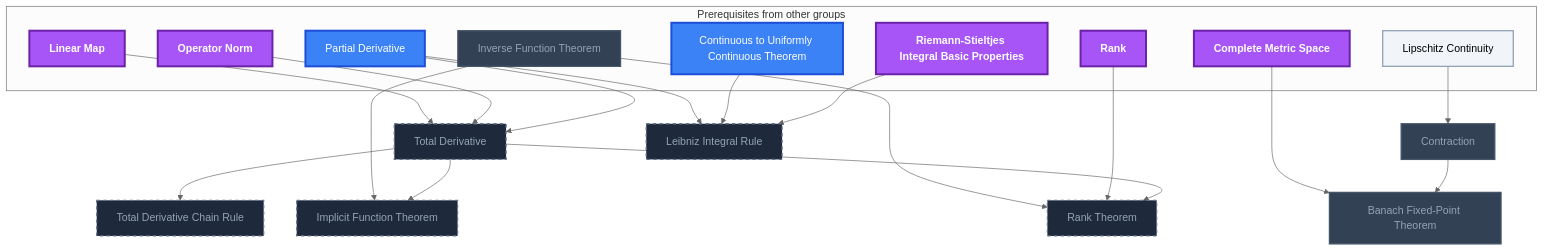
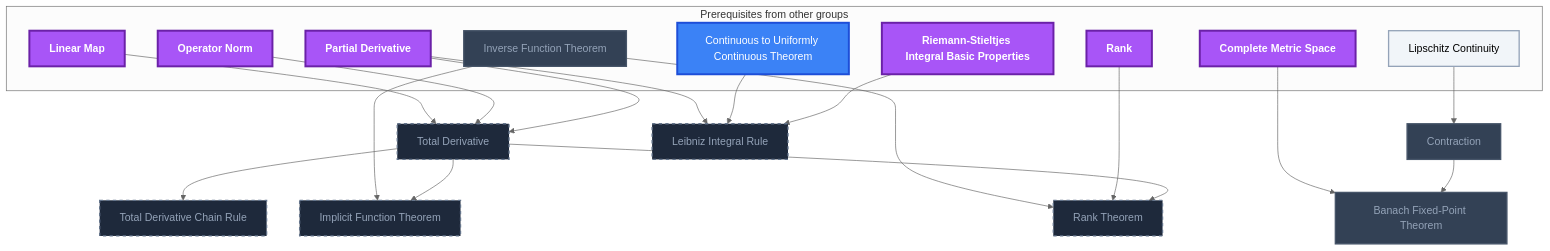
Before and after one commit to MRauf1/My-Notes: diagram 15 of 22 in Gamification/Skill Trees/Real Analysis.md, drawn with Mermaid (neutral theme). The commit also changed other lines of this file and 73 other files, not shown here.

````diff
--- a/Gamification/Skill Trees/Real Analysis.md
+++ b/Gamification/Skill Trees/Real Analysis.md
@@ -1266,51 +1270,51 @@
 ```mermaid
 flowchart TD
     classDef planned fill:#1E293B,stroke:#64748B,stroke-width:2px,stroke-dasharray:5 5,color:#94A3B8;
     classDef locked fill:#334155,stroke:#475569,stroke-width:2px,color:#94A3B8;
     classDef L0 fill:#F1F5F9,stroke:#94A3B8,stroke-width:2px,color:#000000;
     classDef L1 fill:#22C55E,stroke:#15803D,stroke-width:2px,color:#000000;
     classDef L2 fill:#3B82F6,stroke:#1D4ED8,stroke-width:3px,color:#FFFFFF;
     classDef L3 fill:#A855F7,stroke:#6B21A8,stroke-width:3px,color:#FFFFFF,font-weight:bold;
     classDef L4 fill:#F97316,stroke:#C2410C,stroke-width:4px,color:#000000,font-weight:bold;
     classDef L5 fill:#FFD700,stroke:#FF8C00,stroke-width:5px,color:#000000,font-weight:bold;
     classDef rusty stroke:#8B4513,stroke-width:4px,stroke-dasharray:3 3;
     subgraph sg_prereqs["Prerequisites from other groups"]
         n_linear_map["Linear Map"]
         n_operator_norm["Operator Norm"]
         n_partial_derivative["Partial Derivative"]
         n_lipschitz_continuity["Lipschitz Continuity"]
         n_complete_metric_space["Complete Metric Space"]
         n_inverse_function_theorem["Inverse Function Theorem"]
         n_rank["Rank"]
         n_continuous_to_uniformly_continuous_theorem["Continuous to Uniformly Continuous Theorem"]
         n_riemann_stieltjes_integral_basic_properties["Riemann-Stieltjes Integral Basic Properties"]
     end
     n_total_derivative["Total Derivative"]
     n_total_derivative_chain_rule["Total Derivative Chain Rule"]
     n_contraction["Contraction"]
     n_banach_fixed_point_theorem["Banach Fixed-Point Theorem"]
     n_implicit_function_theorem["Implicit Function Theorem"]
     n_rank_theorem["Rank Theorem"]
     n_leibniz_integral_rule["Leibniz Integral Rule"]
     n_linear_map --> n_total_derivative
     n_operator_norm --> n_total_derivative
     n_partial_derivative --> n_total_derivative
     n_total_derivative --> n_total_derivative_chain_rule
     n_lipschitz_continuity --> n_contraction
     n_complete_metric_space --> n_banach_fixed_point_theorem
     n_contraction --> n_banach_fixed_point_theorem
     n_inverse_function_theorem --> n_implicit_function_theorem
     n_total_derivative --> n_implicit_function_theorem
     n_inverse_function_theorem --> n_rank_theorem
     n_rank --> n_rank_theorem
     n_total_derivative --> n_rank_theorem
     n_partial_derivative --> n_leibniz_integral_rule
     n_continuous_to_uniformly_continuous_theorem --> n_leibniz_integral_rule
     n_riemann_stieltjes_integral_basic_properties --> n_leibniz_integral_rule
     class n_total_derivative,n_total_derivative_chain_rule,n_implicit_function_theorem,n_rank_theorem,n_leibniz_integral_rule planned;
     class n_inverse_function_theorem,n_contraction,n_banach_fixed_point_theorem locked;
     class n_lipschitz_continuity L0;
-    class n_partial_derivative,n_continuous_to_uniformly_continuous_theorem L2;
-    class n_linear_map,n_operator_norm,n_complete_metric_space,n_rank,n_riemann_stieltjes_integral_basic_properties L3;
+    class n_continuous_to_uniformly_continuous_theorem L2;
+    class n_linear_map,n_operator_norm,n_partial_derivative,n_complete_metric_space,n_rank,n_riemann_stieltjes_integral_basic_properties L3;
     class n_linear_map,n_operator_norm,n_partial_derivative,n_lipschitz_continuity,n_complete_metric_space,n_inverse_function_theorem,n_rank,n_continuous_to_uniformly_continuous_theorem,n_riemann_stieltjes_integral_basic_properties,n_contraction,n_banach_fixed_point_theorem internal-link;
 ```
````
